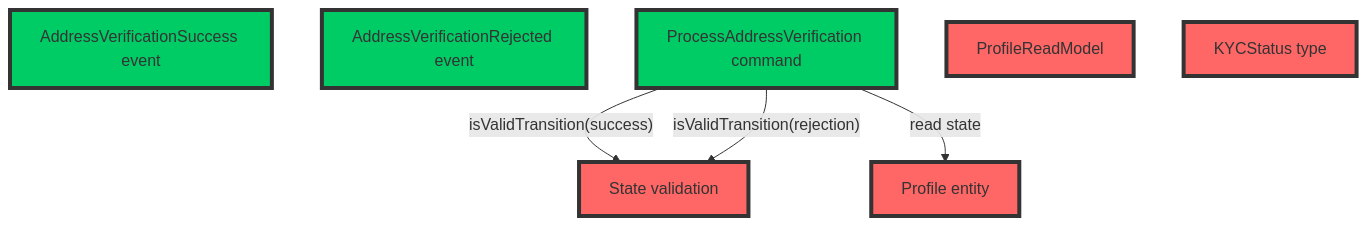
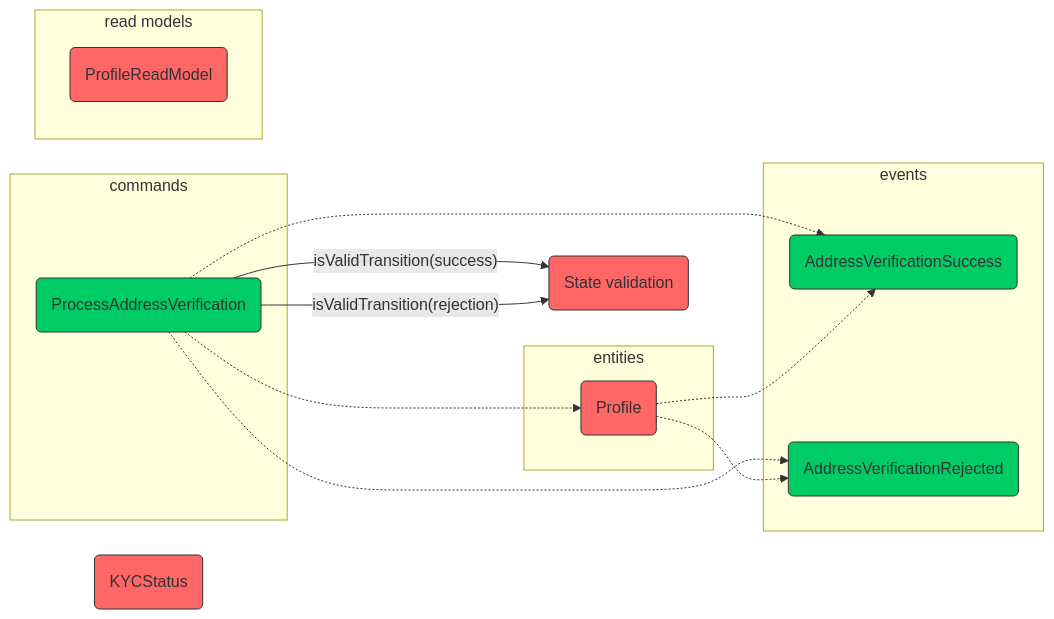
The seventh of 13 diagrams in README.md (boostercloud/kyc-example), drawn with Mermaid before and after one commit. The commit also changed other lines of this file and 10 other files, not shown here.

````diff
--- a/README.md
+++ b/README.md
@@ -264,14 +334,28 @@
 ```mermaid
-graph TD;
-    classDef red fill:#ff6666,stroke:#333,stroke-width:4px,color:#333;
-    classDef green fill:#00cc66,stroke:#333,stroke-width:4px,color:#333;
-    B[AddressVerificationSuccess event]
-    C[AddressVerificationRejected event]
-    A[ProcessAddressVerification command] -->|"isValidTransition(success)"| D[State validation]
-    A -->|"isValidTransition(rejection)"| D[State validation]
-    A -->|"read state"| E[Profile entity]
-    F[ProfileReadModel]
-    G[KYCStatus type]
+graph LR
+    classDef red fill:#ff6666,stroke:#333,stroke-width:1px,color:#333;
+    classDef green fill:#00cc66,stroke:#333,stroke-width:1px,color:#333;
+    subgraph events
+        B(AddressVerificationSuccess)
+        C(AddressVerificationRejected)
+    end
+    subgraph commands
+        A(ProcessAddressVerification) 
+    end
+    subgraph read models
+        F(ProfileReadModel)
+    end
+    subgraph entities
+        E(Profile)
+    end
+    A -->|"isValidTransition(success)"| D(State validation)
+    A -->|"isValidTransition(rejection)"| D
+    A -.-> B
+    A -.-> C
+    A -.-> E
+    E -.-> B
+    E -.-> C
+    G(KYCStatus)
     class A,B,C green;
     class D,E,F,G red;
 ```
````
